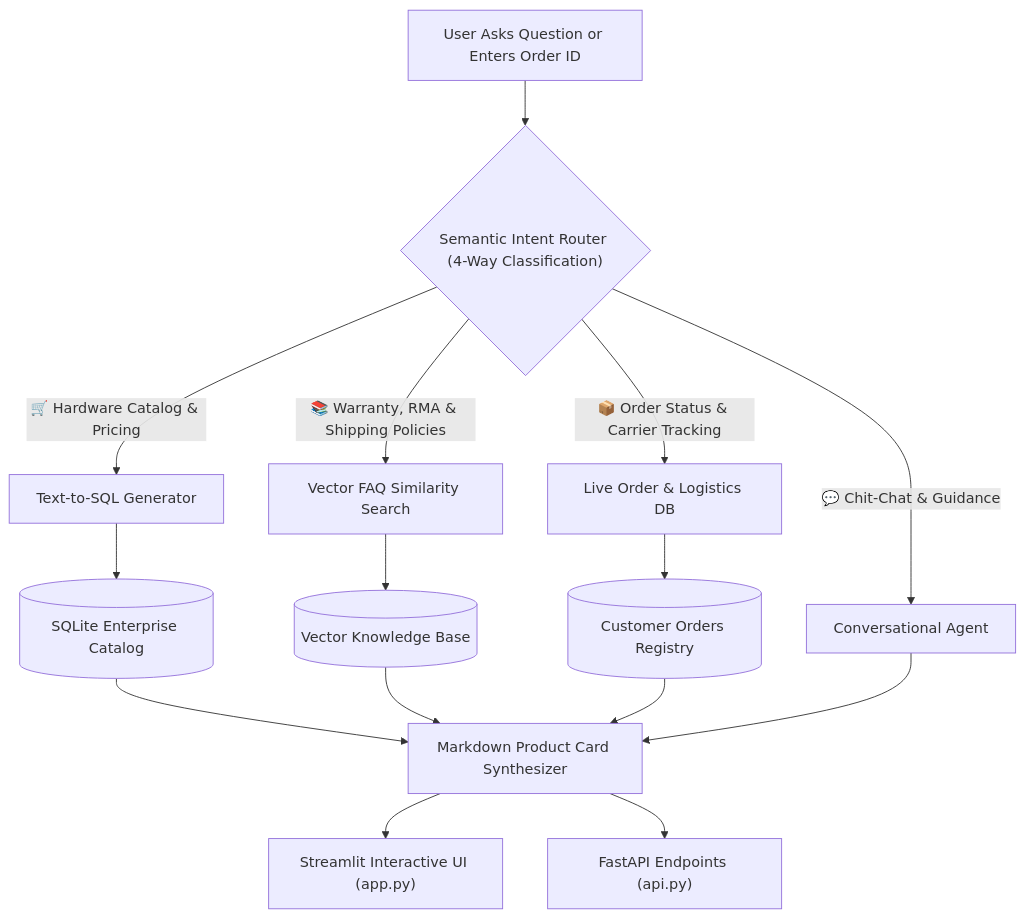
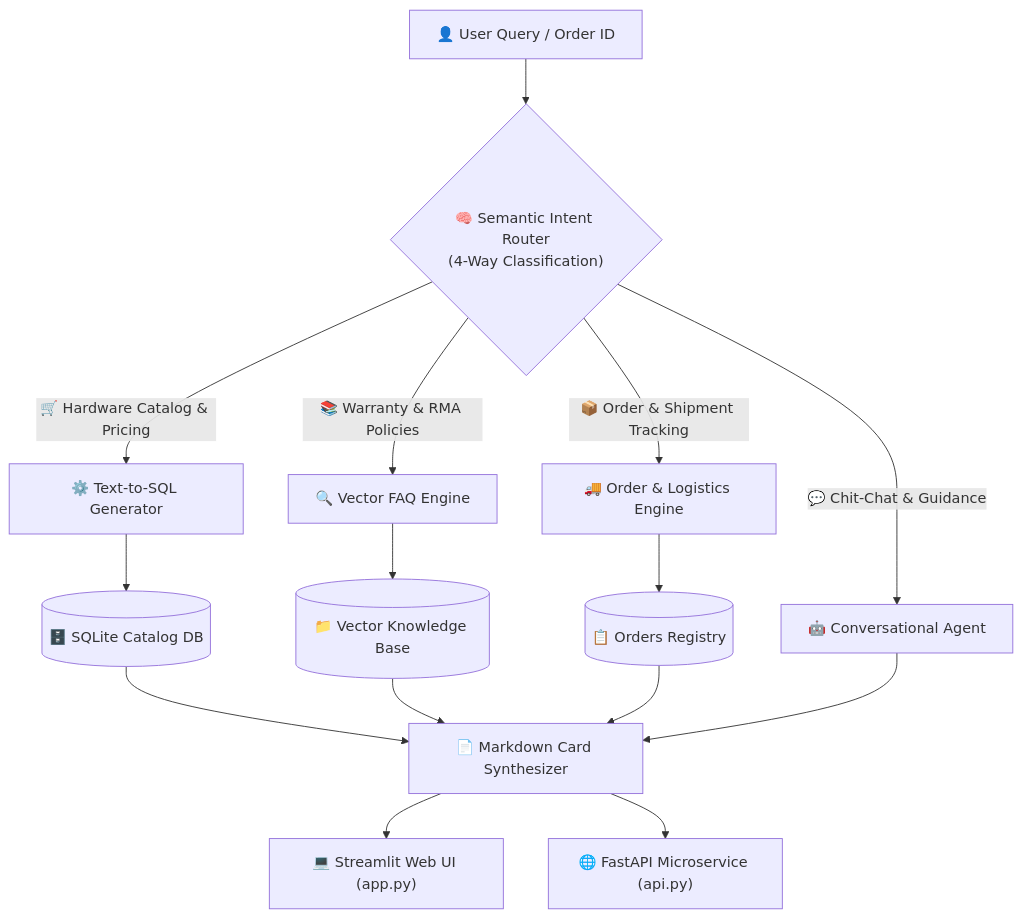
The diagram in README.md (Harish-Mathematican/GyanLabs-Agentic-Commerce-Chatbot), drawn with Mermaid before and after one commit.

Commit message:
fix: format Mermaid diagram labels with explicit quotes and line breaks to prevent text truncation on GitHub

````diff
--- a/README.md
+++ b/README.md
@@ -20,21 +20,21 @@
 ```mermaid
 flowchart TD
-    UserQuery["User Asks Question or Enters Order ID"] --> Router{"Semantic Intent Router (4-Way Classification)"}
+    UserQuery["👤 User Query / Order ID"] --> Router{"🧠 Semantic Intent Router<br/>(4-Way Classification)"}
 
-    Router -->|🛒 Hardware Catalog & Pricing| SQLGen["Text-to-SQL Generator"]
-    Router -->|📚 Warranty, RMA & Shipping Policies| FAQVector["Vector FAQ Similarity Search"]
-    Router -->|📦 Order Status & Carrier Tracking| OrderTracker["Live Order & Logistics DB"]
-    Router -->|💬 Chit-Chat & Guidance| SmallTalk["Conversational Agent"]
+    Router -->|"🛒 Hardware Catalog & Pricing"| SQLGen["⚙️ Text-to-SQL Generator"]
+    Router -->|"📚 Warranty & RMA Policies"| FAQVector["🔍 Vector FAQ Engine"]
+    Router -->|"📦 Order & Shipment Tracking"| OrderTracker["🚚 Order & Logistics Engine"]
+    Router -->|"💬 Chit-Chat & Guidance"| SmallTalk["🤖 Conversational Agent"]
 
-    SQLGen --> SQLDB[("SQLite Enterprise Catalog")]
-    FAQVector --> FAQDB[("Vector Knowledge Base")]
-    OrderTracker --> OrdersDB[("Customer Orders Registry")]
+    SQLGen --> SQLDB[("🗄️ SQLite Catalog DB")]
+    FAQVector --> FAQDB[("📁 Vector Knowledge Base")]
+    OrderTracker --> OrdersDB[("📋 Orders Registry")]
 
-    SQLDB --> Formatter["Markdown Product Card Synthesizer"]
+    SQLDB --> Formatter["📄 Markdown Card Synthesizer"]
     FAQDB --> Formatter
     OrdersDB --> Formatter
     SmallTalk --> Formatter
 
-    Formatter --> StreamlitUI["Streamlit Interactive UI (app.py)"]
-    Formatter --> RESTAPI["FastAPI Endpoints (api.py)"]
+    Formatter --> StreamlitUI["💻 Streamlit Web UI (app.py)"]
+    Formatter --> RESTAPI["🌐 FastAPI Microservice (api.py)"]
 ```
````
